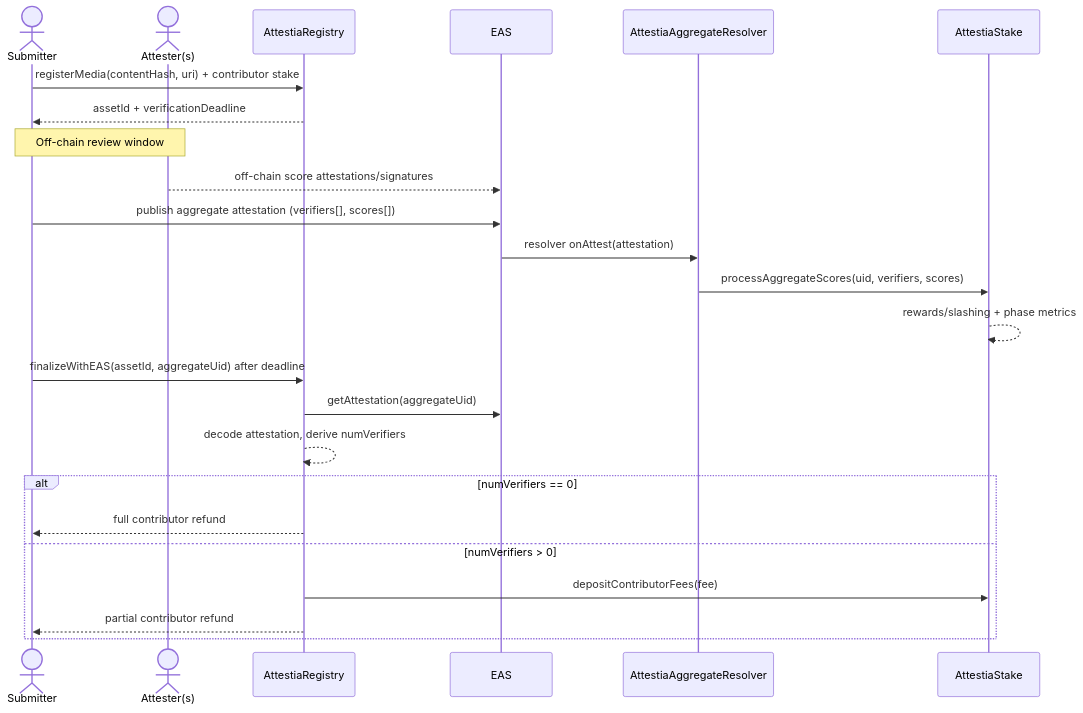
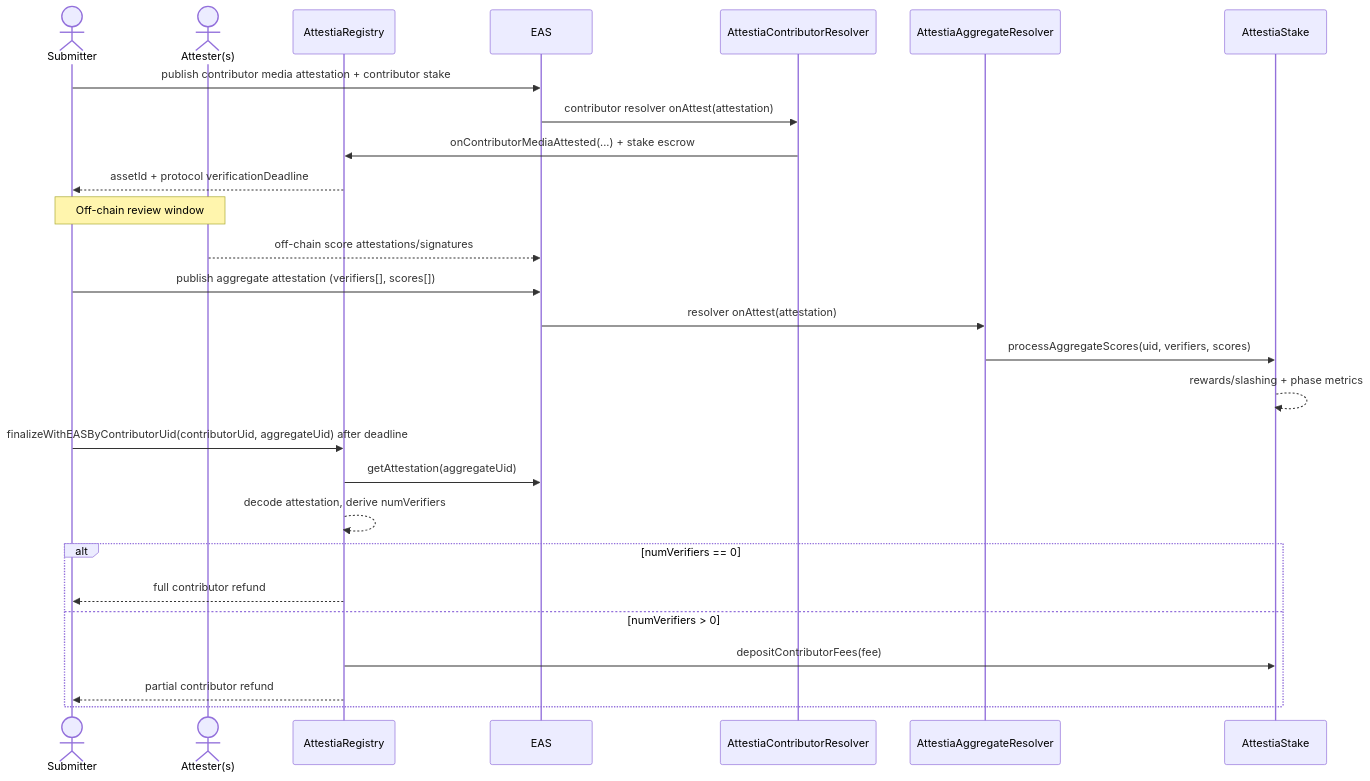
Before and after one commit to attestiaprotocol/contracts: the first of 2 diagrams in README.md, drawn with Mermaid. The commit also changed other lines of this file and 11 other files, not shown here.

````diff
--- a/README.md
+++ b/README.md
@@ -16,29 +17,32 @@
 ```mermaid
 sequenceDiagram
     actor S as Submitter
     actor A as Attester(s)
     participant R as AttestiaRegistry
     participant E as EAS
+    participant C as AttestiaContributorResolver
     participant V as AttestiaAggregateResolver
     participant K as AttestiaStake
 
-    S->>R: registerMedia(contentHash, uri) + contributor stake
-    R-->>S: assetId + verificationDeadline
+    S->>E: publish contributor media attestation + contributor stake
+    E->>C: contributor resolver onAttest(attestation)
+    C->>R: onContributorMediaAttested(...) + stake escrow
+    R-->>S: assetId + protocol verificationDeadline
     Note over S,A: Off-chain review window
     A-->>E: off-chain score attestations/signatures
 
     S->>E: publish aggregate attestation (verifiers[], scores[])
     E->>V: resolver onAttest(attestation)
     V->>K: processAggregateScores(uid, verifiers, scores)
     K-->>K: rewards/slashing + phase metrics
 
-    S->>R: finalizeWithEAS(assetId, aggregateUid) after deadline
+    S->>R: finalizeWithEASByContributorUid(contributorUid, aggregateUid) after deadline
     R->>E: getAttestation(aggregateUid)
     R-->>R: decode attestation, derive numVerifiers
     alt numVerifiers == 0
       R-->>S: full contributor refund
     else numVerifiers > 0
       R->>K: depositContributorFees(fee)
       R-->>S: partial contributor refund
     end
 ```
````
